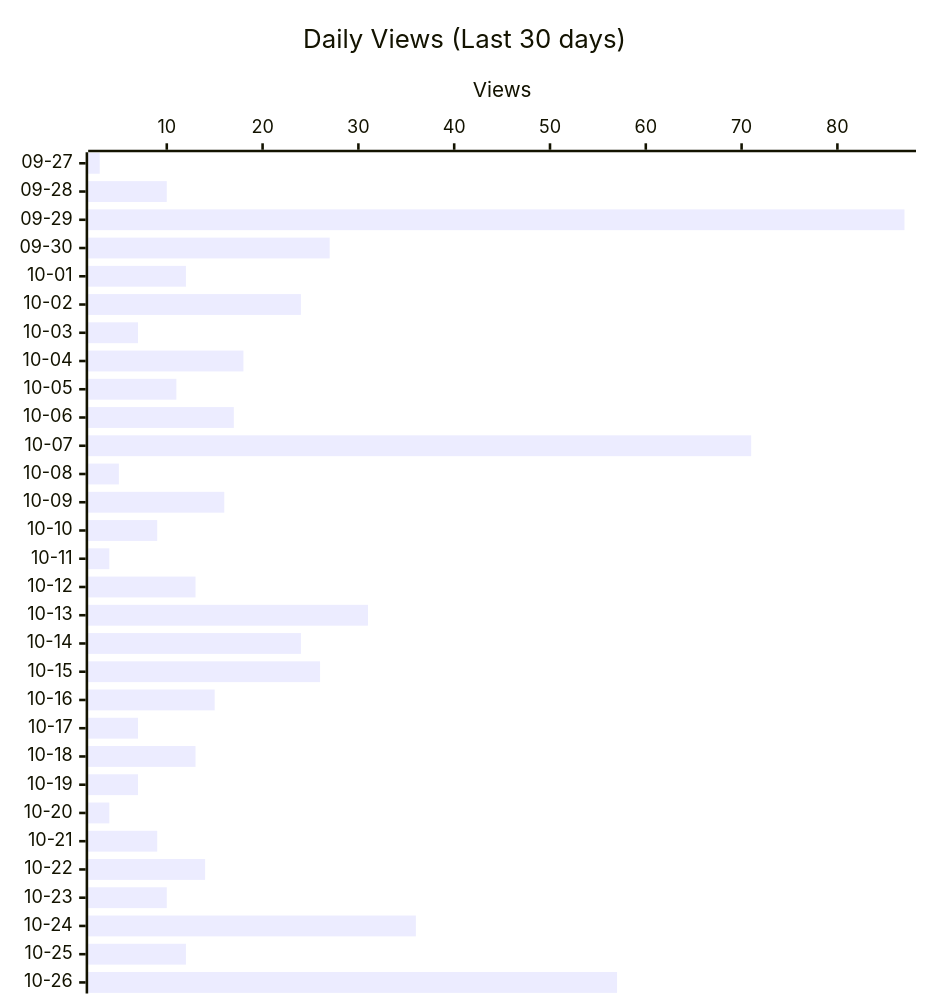
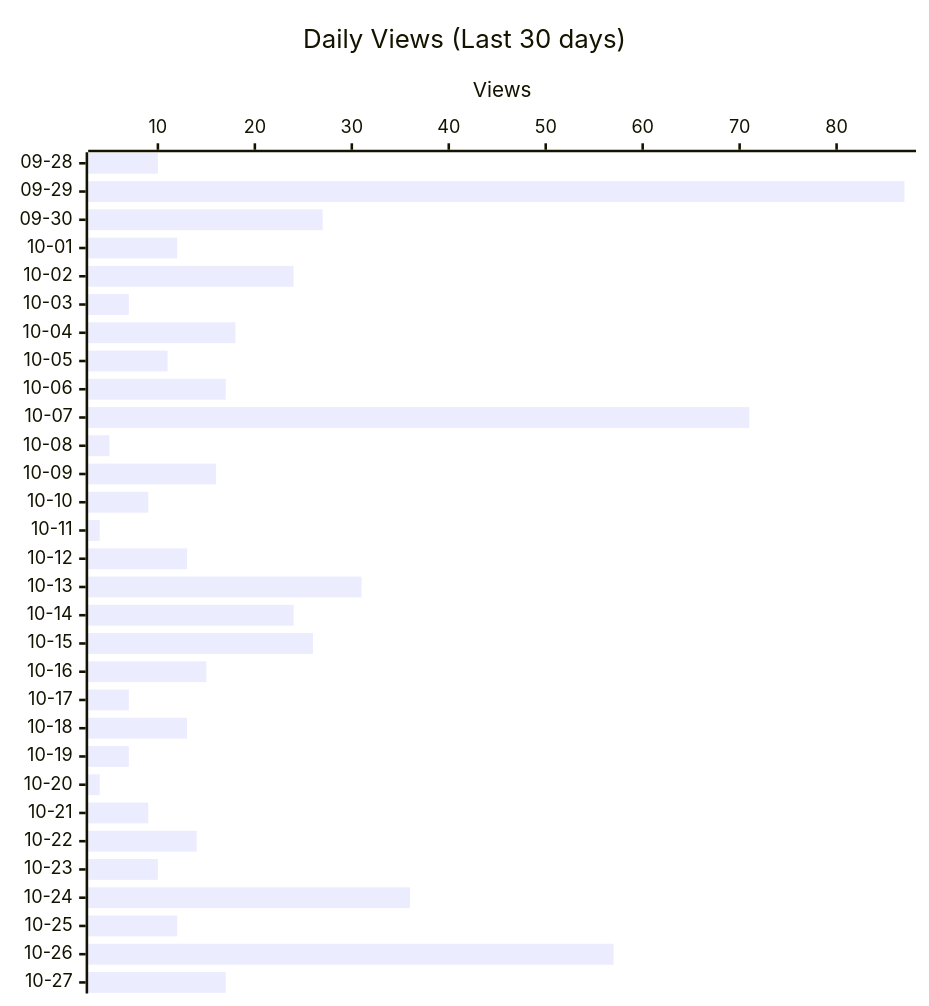
Before and after one commit to shigechika/github-insights: the second of 4 diagrams in README.md, drawn with Mermaid. The commit also changed other lines of this file and 1 other file, not shown here.

````diff
--- a/README.md
+++ b/README.md
@@ -28,12 +28,12 @@
 ```mermaid
 ---
 config:
   xyChart:
     height: 760
 ---
 xychart-beta horizontal
     title "Daily Views (Last 30 days)"
-    x-axis ["09-27", "09-28", "09-29", "09-30", "10-01", "10-02", "10-03", "10-04", "10-05", "10-06", "10-07", "10-08", "10-09", "10-10", "10-11", "10-12", "10-13", "10-14", "10-15", "10-16", "10-17", "10-18", "10-19", "10-20", "10-21", "10-22", "10-23", "10-24", "10-25", "10-26"]
+    x-axis ["09-28", "09-29", "09-30", "10-01", "10-02", "10-03", "10-04", "10-05", "10-06", "10-07", "10-08", "10-09", "10-10", "10-11", "10-12", "10-13", "10-14", "10-15", "10-16", "10-17", "10-18", "10-19", "10-20", "10-21", "10-22", "10-23", "10-24", "10-25", "10-26", "10-27"]
     y-axis "Views"
-    bar [3, 10, 87, 27, 12, 24, 7, 18, 11, 17, 71, 5, 16, 9, 4, 13, 31, 24, 26, 15, 7, 13, 7, 4, 9, 14, 10, 36, 12, 57]
+    bar [10, 87, 27, 12, 24, 7, 18, 11, 17, 71, 5, 16, 9, 4, 13, 31, 24, 26, 15, 7, 13, 7, 4, 9, 14, 10, 36, 12, 57, 17]
 ```
````
